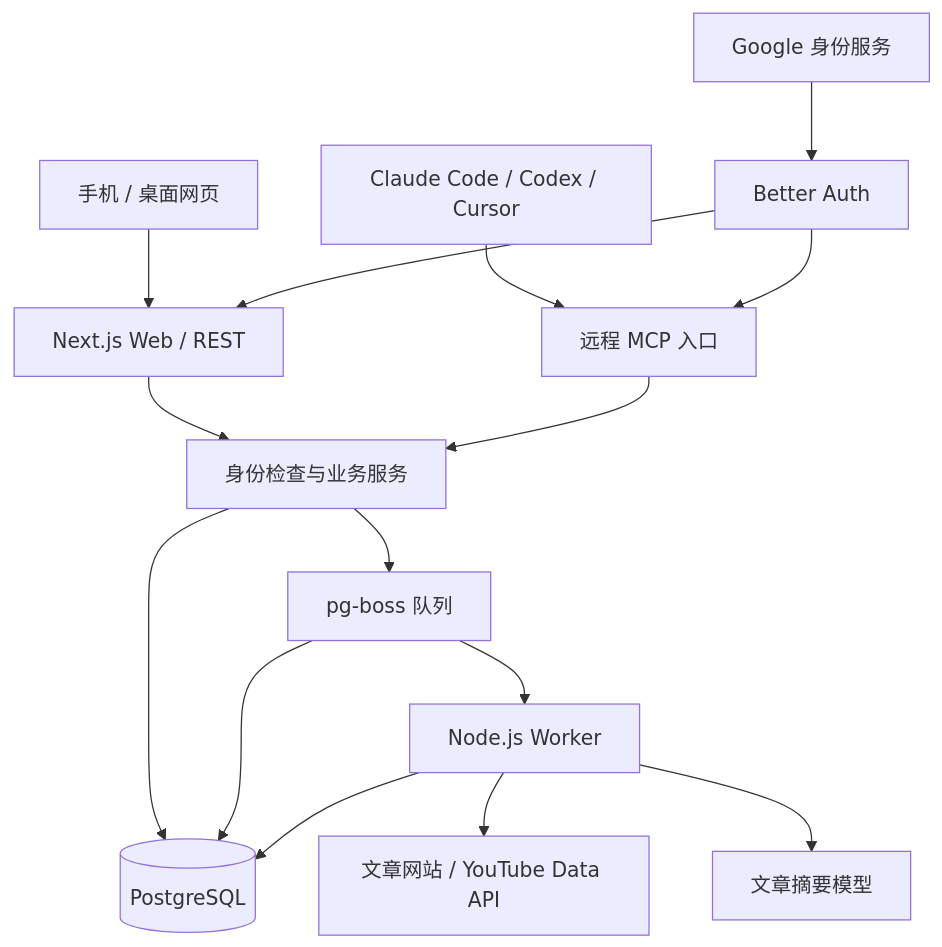
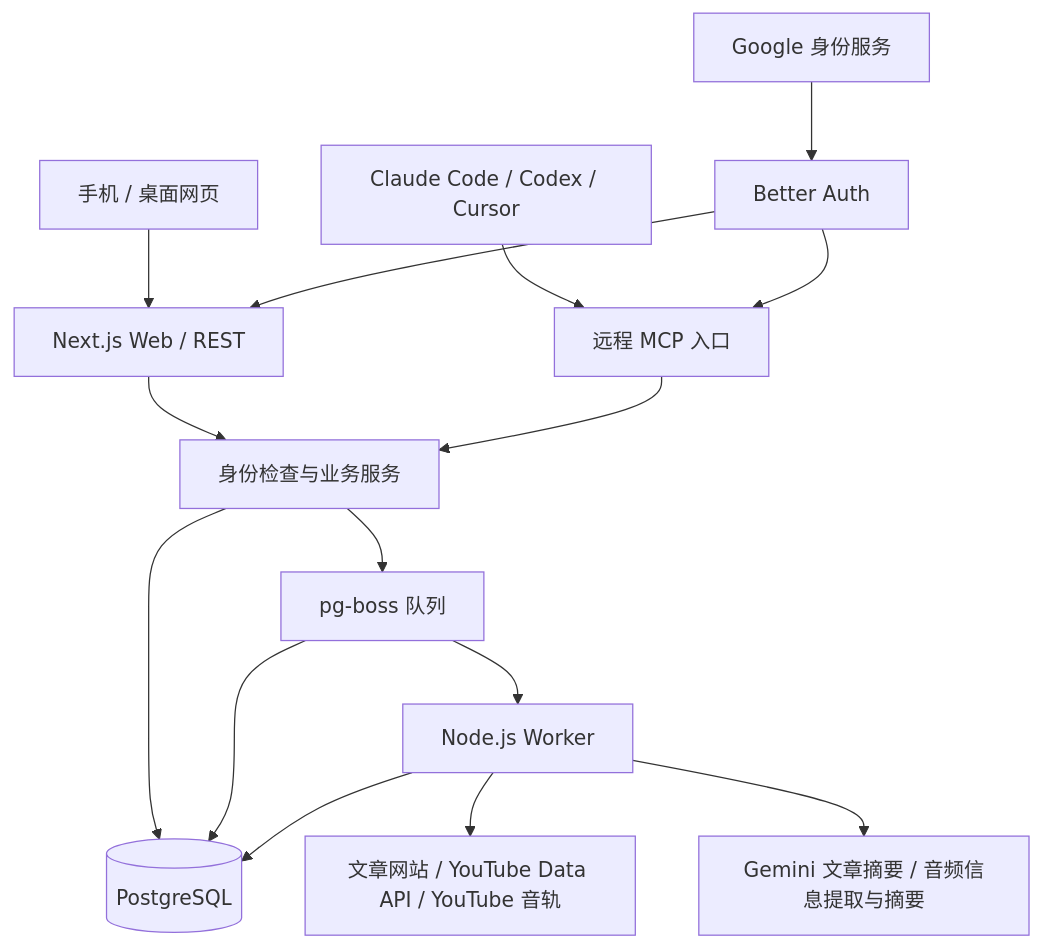
The first of 2 diagrams in docs/TECHNICAL_DESIGN.md (TAO44123/Authright_Sharing), drawn with Mermaid before and after one commit. The commit also changed other lines of this file and 46 other files, not shown here.

Commit message:
Add YouTube audio summaries and long video support

````diff
--- a/docs/TECHNICAL_DESIGN.md
+++ b/docs/TECHNICAL_DESIGN.md
@@ -44,17 +49,17 @@
 ```mermaid
 flowchart TD
     Browser[手机 / 桌面网页] --> Web[Next.js Web / REST]
     Agent[Claude Code / Codex / Cursor] --> MCP[远程 MCP 入口]
     Google[Google 身份服务] --> Auth[Better Auth]
     Auth --> Web
     Auth --> MCP
     Web --> Core[身份检查与业务服务]
     MCP --> Core
     Core --> DB[(PostgreSQL)]
     Core --> Queue[pg-boss 队列]
     Queue --> DB
     Queue --> Worker[Node.js Worker]
-    Worker --> Sources[文章网站 / YouTube Data API]
-    Worker --> LLM[文章摘要模型]
+    Worker --> Sources[文章网站 / YouTube Data API / YouTube 音轨]
+    Worker --> LLM[Gemini 文章摘要 / 音频信息提取与摘要]
     Worker --> DB
 ```
````
